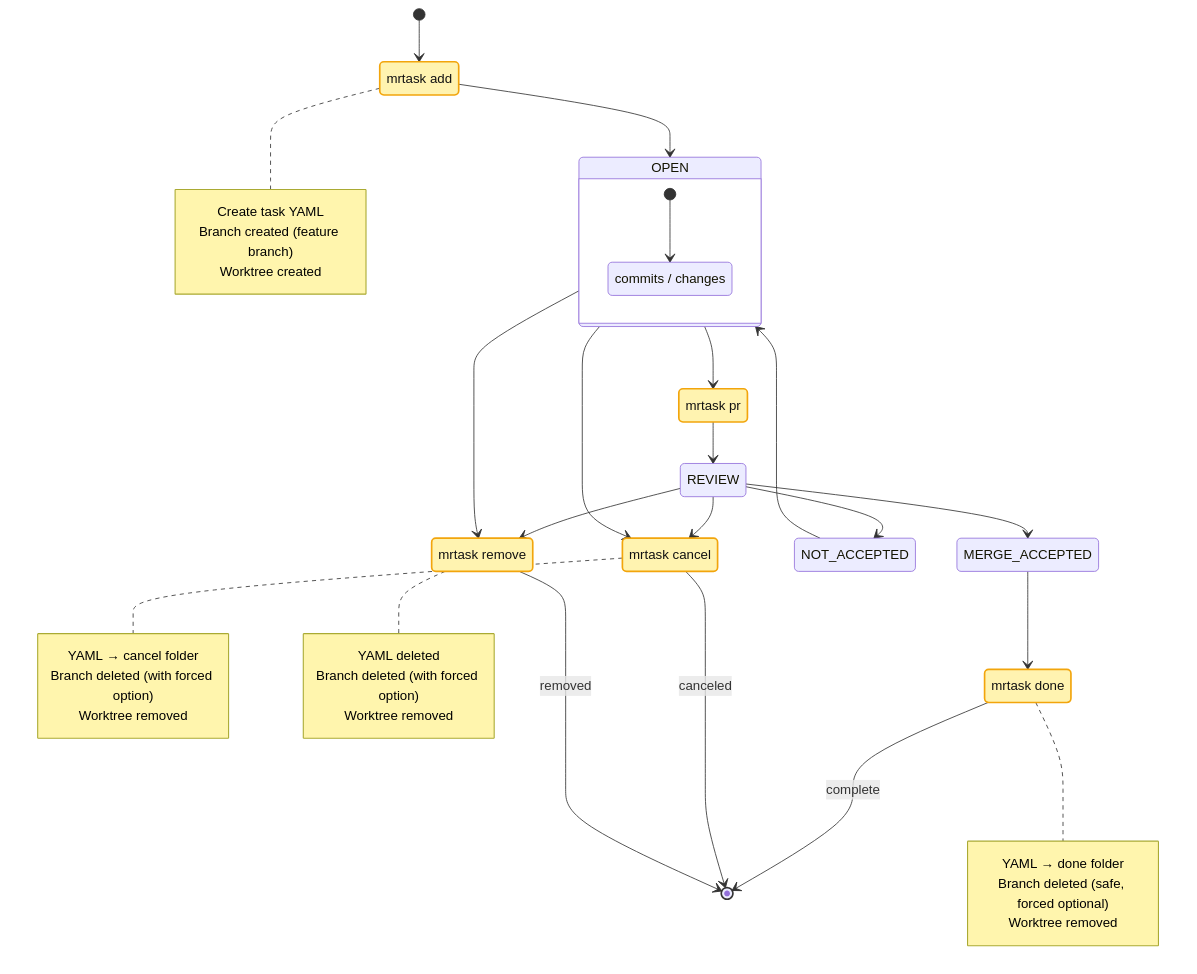
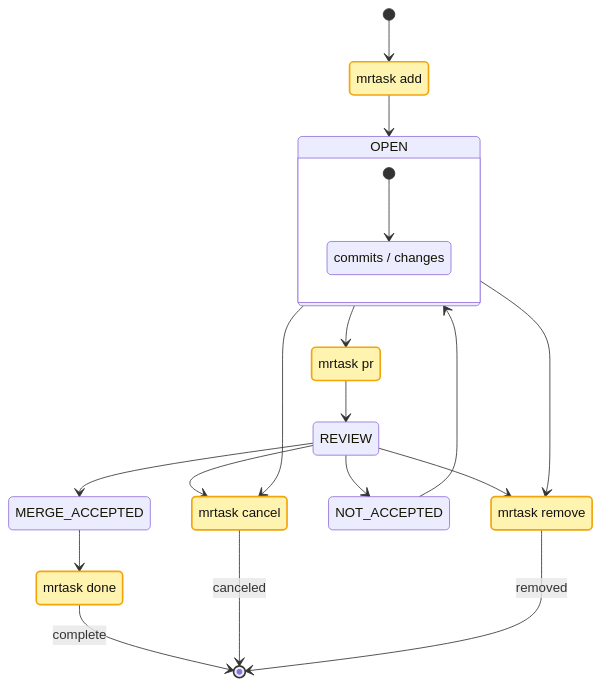
One commit to kubohiroya/mrtask changed the first of 5 diagrams in README.md. Above: the diagram before and after it, drawn with Mermaid. The commit also changed other lines of this file and 30 other files, not shown here.

````diff
--- a/README.md
+++ b/README.md
@@ -31,66 +29,42 @@
 ```mermaid
 stateDiagram-v2
     classDef cmd fill:#FFF3B0,stroke:#F2A50C,stroke-width:2px,color:#111
 
     [*] --> CMD_ADD
     CMD_ADD: mrtask add
     class CMD_ADD cmd
 
     CMD_ADD --> OPEN
     state OPEN {
         [*] --> CODE_CHANGES
         CODE_CHANGES: commits / changes
     }
 
     OPEN --> CMD_PR
     CMD_PR: mrtask pr
     class CMD_PR cmd
 
     OPEN --> CMD_CANCEL
     OPEN --> CMD_REMOVE
 
     NOT_ACCEPTED --> OPEN
     REVIEW --> CMD_CANCEL
     REVIEW --> CMD_REMOVE
 
     CMD_PR --> REVIEW
     REVIEW --> MERGE_ACCEPTED
     REVIEW --> NOT_ACCEPTED
 
     MERGE_ACCEPTED --> CMD_DONE
     CMD_DONE: mrtask done
     class CMD_DONE cmd
 
     CMD_CANCEL: mrtask cancel
     class CMD_CANCEL cmd
     CMD_REMOVE: mrtask remove
     class CMD_REMOVE cmd
 
     CMD_DONE --> [*]: complete
     CMD_CANCEL --> [*]: canceled
     CMD_REMOVE --> [*]: removed
-    
-    note right of CMD_ADD
-        Create task YAML
-        Branch created (feature branch)
-        Worktree created
-    end note
-
-    note right of CMD_DONE
-        YAML → done folder
-        Branch deleted (safe, forced optional)
-        Worktree removed
-    end note
-
-    note right of CMD_CANCEL
-        YAML → cancel folder
-        Branch deleted (with forced option)
-        Worktree removed
-    end note
-
-    note right of CMD_REMOVE
-        YAML deleted
-        Branch deleted (with forced option)
-        Worktree removed
-    end note
- ```
+```
````
